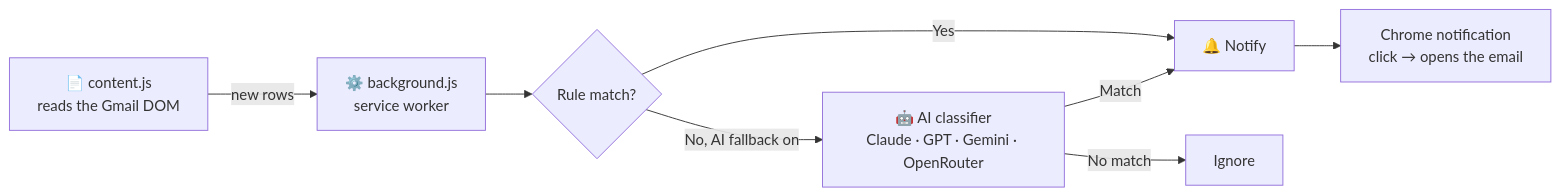
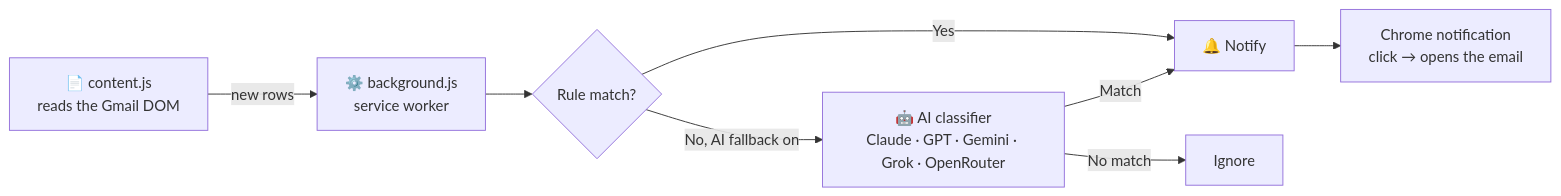
The diagram in README.md (kashyapgithub/emails-that-you-actually-need), drawn with Mermaid before and after one commit. The commit also changed other lines of this file and 4 other files, not shown here.

````diff
--- a/README.md
+++ b/README.md
@@ -40,10 +40,10 @@
 ```mermaid
 flowchart LR
     A["📄 content.js<br/>reads the Gmail DOM"] -->|new rows| B["⚙️ background.js<br/>service worker"]
     B --> C{Rule match?}
     C -->|Yes| E["🔔 Notify"]
-    C -->|No, AI fallback on| D["🤖 AI classifier<br/>Claude · GPT · Gemini · OpenRouter"]
+    C -->|No, AI fallback on| D["🤖 AI classifier<br/>Claude · GPT · Gemini · Grok · OpenRouter"]
     D -->|Match| E
     D -->|No match| F["Ignore"]
     E --> G["Chrome notification<br/>click → opens the email"]
 ```
````
